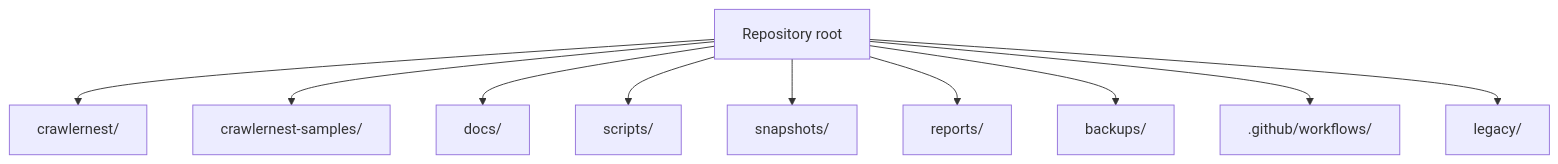
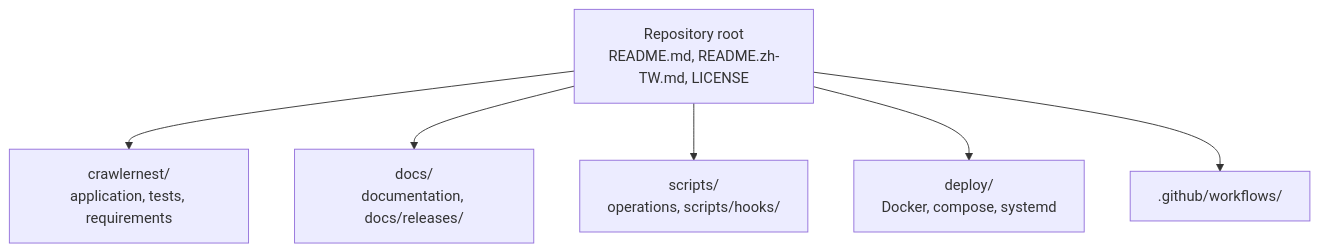
Before and after one commit to heinricitorgau/CrawlerNest: the diagram in docs/REPOSITORY_MAP.md, drawn with Mermaid. The commit also changed other lines of this file and 211 other files, not shown here.

````diff
--- a/docs/REPOSITORY_MAP.md
+++ b/docs/REPOSITORY_MAP.md
@@ -7,23 +7,15 @@
 ```mermaid
 flowchart TB
-    root["Repository root"]
-    crawlernest["crawlernest/"]
-    samples["crawlernest-samples/"]
-    docs["docs/"]
-    scripts["scripts/"]
-    snapshots["snapshots/"]
-    reports["reports/"]
-    backups["backups/"]
+    root["Repository root<br/>README.md, README.zh-TW.md, LICENSE"]
+    crawlernest["crawlernest/<br/>application, tests, requirements"]
+    docs["docs/<br/>documentation, docs/releases/"]
+    scripts["scripts/<br/>operations, scripts/hooks/"]
+    deploy["deploy/<br/>Docker, compose, systemd"]
     workflows[".github/workflows/"]
-    legacy["legacy/"]
 
     root --> crawlernest
-    root --> samples
     root --> docs
     root --> scripts
-    root --> snapshots
-    root --> reports
-    root --> backups
+    root --> deploy
     root --> workflows
-    root --> legacy
 ```
````
